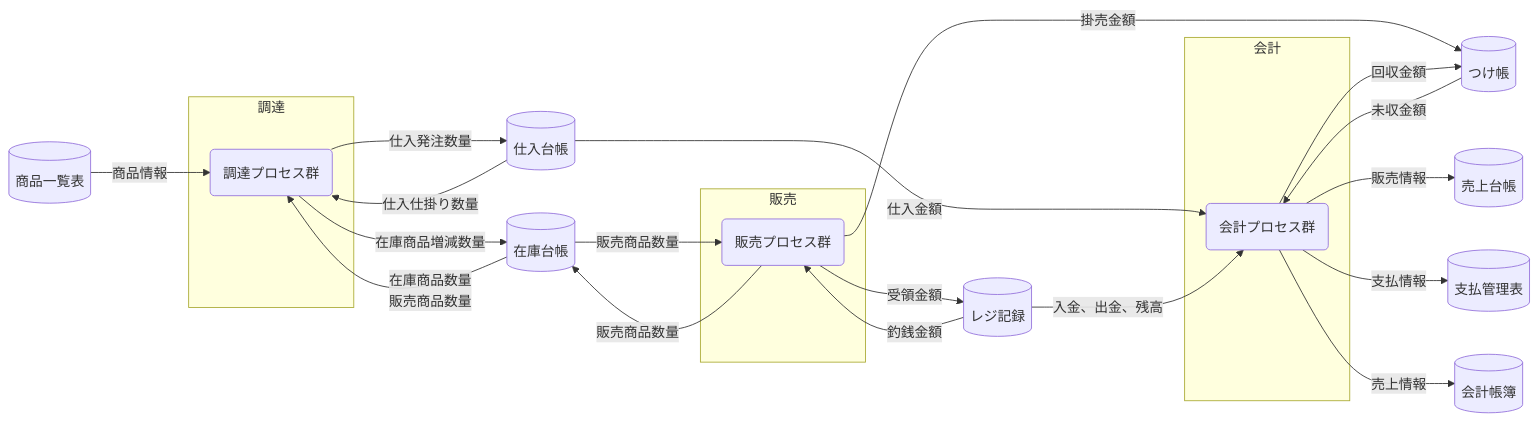
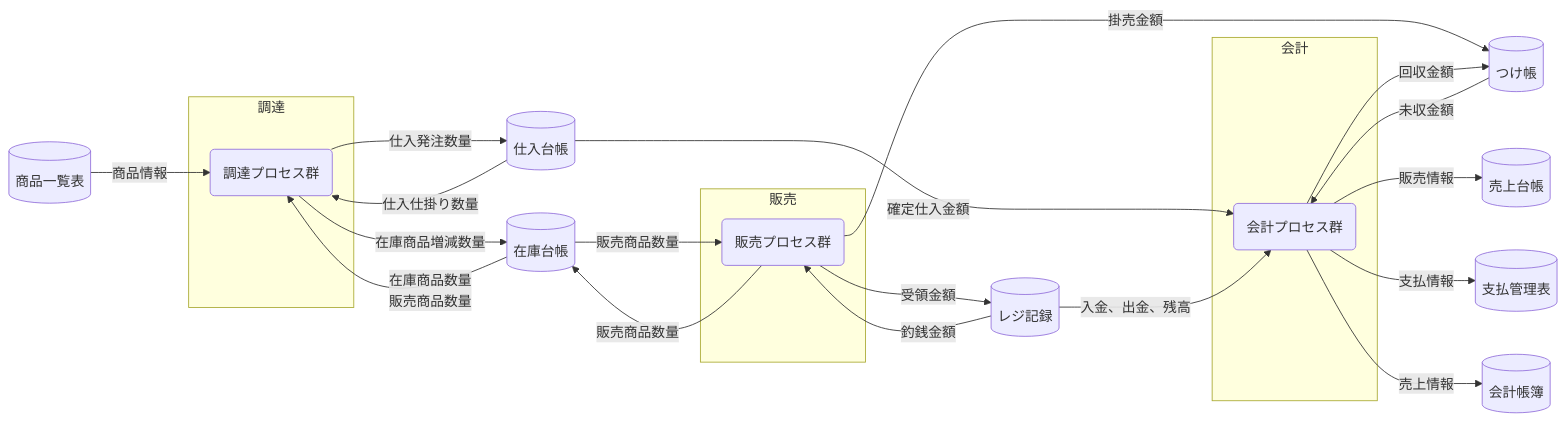
Before and after one commit to naoji3x/grandma-candy-shop: the second of 11 diagrams in docs/project/010-業務仕様/010-概念データフロー図/販売管理概念データフロー（現状）.md, drawn with Mermaid. The commit also changed other lines of this file, not shown here.

````diff
--- a/docs/project/010-業務仕様/010-概念データフロー図/販売管理概念データフロー（現状）.md
+++ b/docs/project/010-業務仕様/010-概念データフロー図/販売管理概念データフロー（現状）.md
@@ -105,44 +106,44 @@
 ```mermaid
 flowchart LR
 
   %% プロセスグループ
   subgraph 調達["調達"]
     調達プロセス群("調達プロセス群")
   end
 
   subgraph 販売["販売"]
     販売プロセス群("販売プロセス群")
   end
 
   subgraph 会計["会計"]
     会計プロセス群("会計プロセス群")
   end
 
   %% データストア
   商品一覧表[(商品一覧表)]
   仕入台帳[(仕入台帳)]
   在庫台帳[(在庫台帳)]
   売上台帳[(売上台帳)]
   つけ帳[(つけ帳)]
   レジ記録[(レジ記録)]
   支払管理表[(支払管理表)]
   会計帳簿[(会計帳簿)]
 
   %% 連関
   商品一覧表 -->|商品情報| 調達プロセス群
   在庫台帳 -->|在庫商品数量<br>販売商品数量| 調達プロセス群 -->|在庫商品増減数量| 在庫台帳
   仕入台帳 -->|仕入仕掛り数量| 調達プロセス群
   調達プロセス群 -->|仕入発注数量| 仕入台帳
-  仕入台帳 -->|仕入金額| 会計プロセス群
+  仕入台帳 -->|確定仕入金額| 会計プロセス群
 
   在庫台帳 -->|販売商品数量| 販売プロセス群 -->|販売商品数量| 在庫台帳
   レジ記録 -->|釣銭金額| 販売プロセス群 -->|受領金額| レジ記録
 
   販売プロセス群 -->|掛売金額| つけ帳
   つけ帳 -->|未収金額| 会計プロセス群 -->|回収金額| つけ帳
 
   レジ記録 -->|"入金、出金、残高"| 会計プロセス群
   会計プロセス群 -->|販売情報| 売上台帳
   会計プロセス群 -->|支払情報| 支払管理表
   会計プロセス群 -->|売上情報| 会計帳簿
 ```
````
